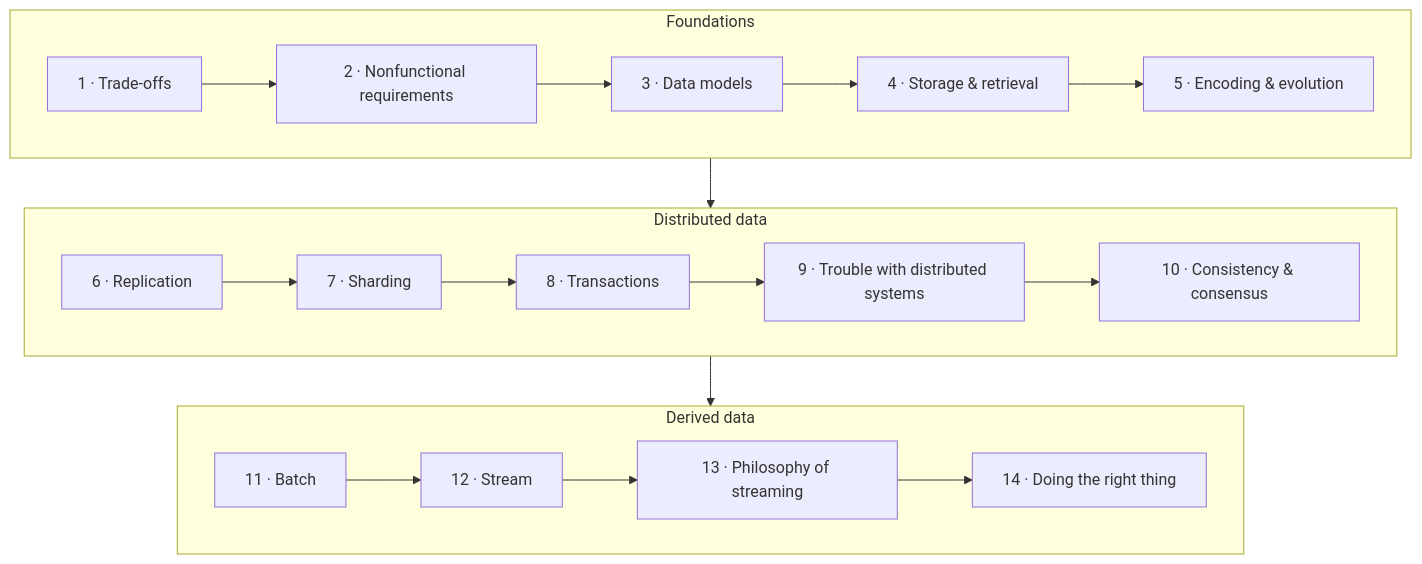
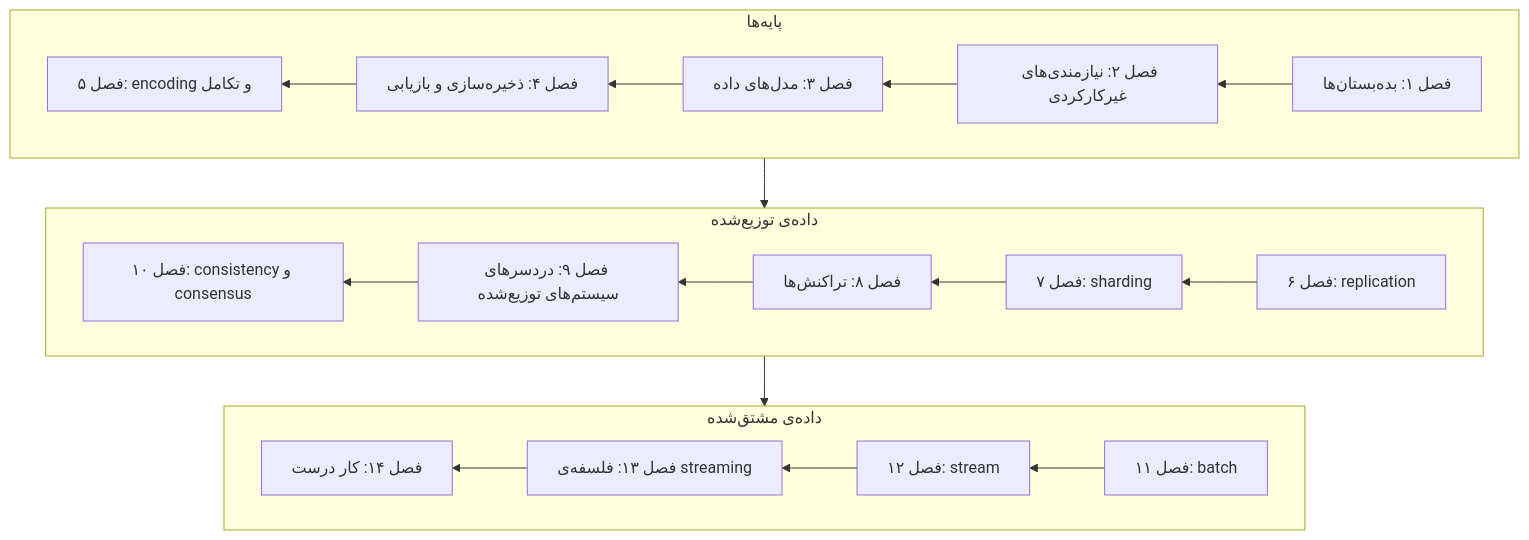
One commit to AlirezaHanifi/knowledge-vault changed the diagram in books/designing-data-intensive-applications/README.md. Above: the diagram before and after it, drawn with Mermaid. The commit also changed other lines of this file and 96 other files, not shown here.

````diff
--- a/books/designing-data-intensive-applications/README.md
+++ b/books/designing-data-intensive-applications/README.md
@@ -39,16 +40,16 @@
 ```mermaid
 flowchart TB
-    subgraph F["Foundations"]
-      direction LR
-      C1["1 · Trade-offs"] --> C2["2 · Nonfunctional requirements"] --> C3["3 · Data models"] --> C4["4 · Storage & retrieval"] --> C5["5 · Encoding & evolution"]
+    subgraph F["پایه‌ها"]
+      direction RL
+      C1["فصل ۱: بده‌بستان‌ها"] --> C2["فصل ۲: نیازمندی‌های غیرکارکردی"] --> C3["فصل ۳: مدل‌های داده"] --> C4["فصل ۴: ذخیره‌سازی و بازیابی"] --> C5["فصل ۵: encoding و تکامل"]
     end
-    subgraph D["Distributed data"]
-      direction LR
-      C6["6 · Replication"] --> C7["7 · Sharding"] --> C8["8 · Transactions"] --> C9["9 · Trouble with distributed systems"] --> C10["10 · Consistency & consensus"]
+    subgraph D["داده‌ی توزیع‌شده"]
+      direction RL
+      C6["فصل ۶: replication"] --> C7["فصل ۷: sharding"] --> C8["فصل ۸: تراکنش‌ها"] --> C9["فصل ۹: دردسرهای سیستم‌های توزیع‌شده"] --> C10["فصل ۱۰: consistency و consensus"]
     end
-    subgraph DD["Derived data"]
-      direction LR
-      C11["11 · Batch"] --> C12["12 · Stream"] --> C13["13 · Philosophy of streaming"] --> C14["14 · Doing the right thing"]
+    subgraph DD["داده‌ی مشتق‌شده"]
+      direction RL
+      C11["فصل ۱۱: batch"] --> C12["فصل ۱۲: stream"] --> C13["فصل ۱۳: فلسفه‌ی streaming"] --> C14["فصل ۱۴: کار درست"]
     end
     F --> D --> DD
 ```
````
